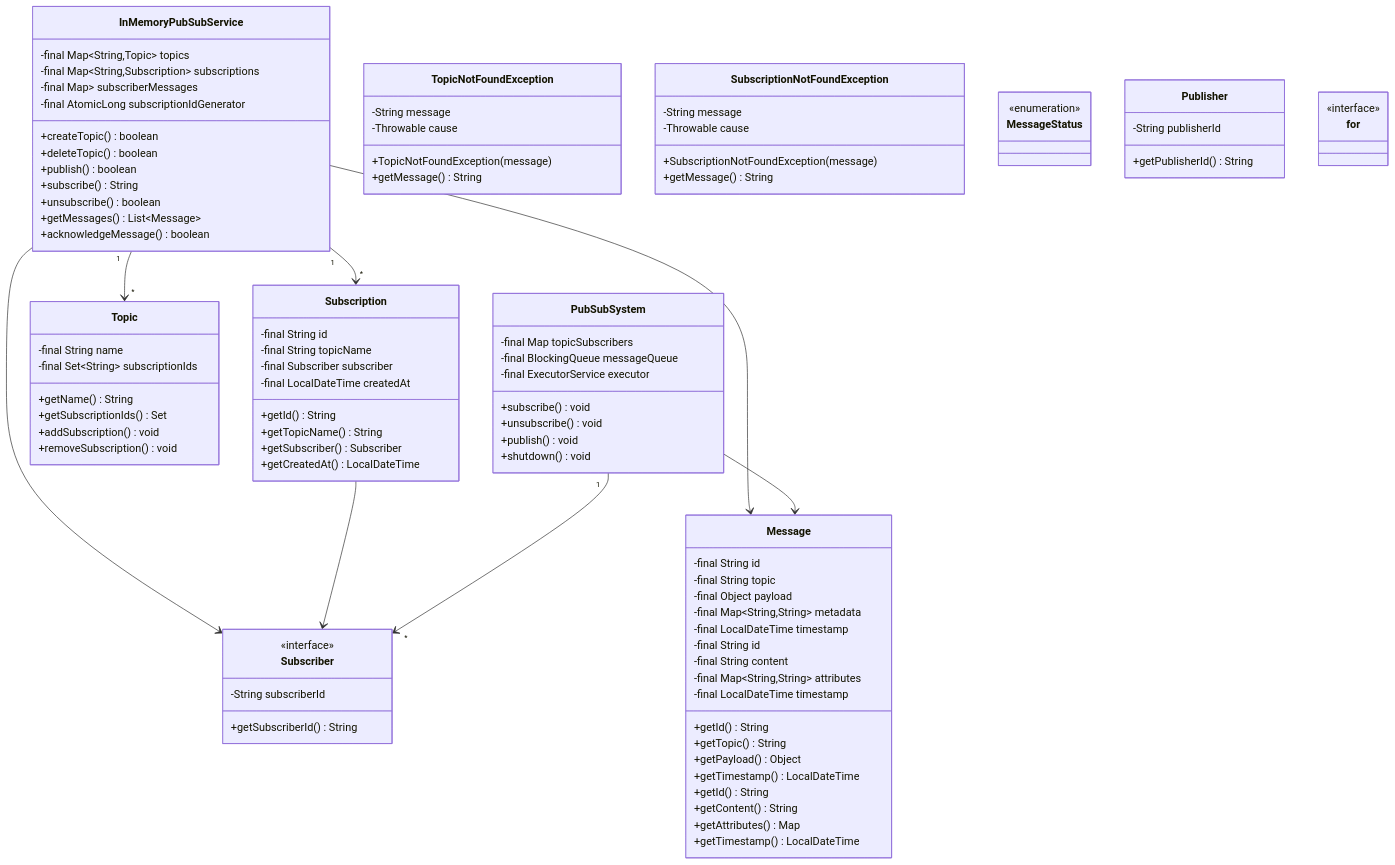
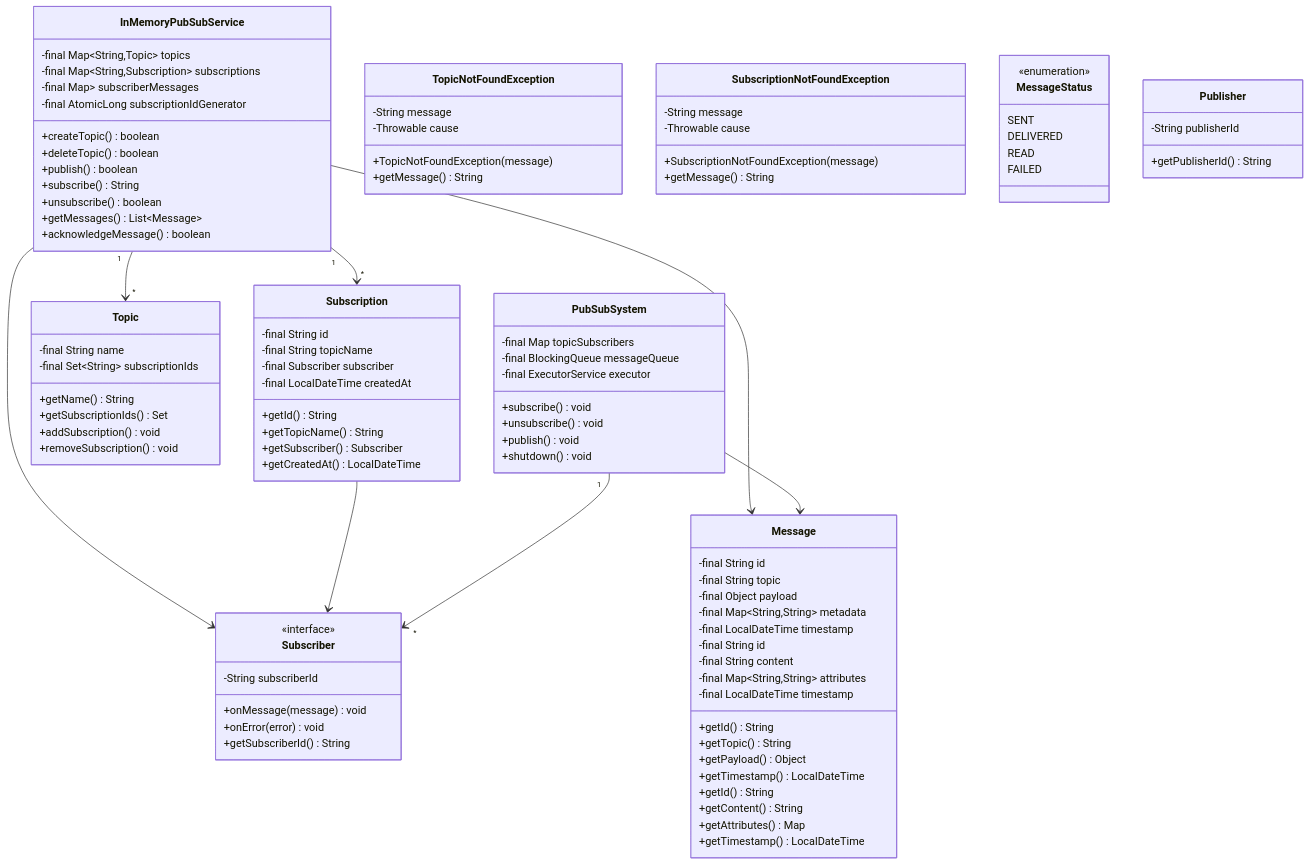
The diagram in docs/problems/pubsub/README.md (dlkr18/lld-playbook), drawn with Mermaid before and after one commit. The commit also changed 95 other files, not shown here.

```diff
--- a/docs/problems/pubsub/README.md
+++ b/docs/problems/pubsub/README.md
@@ -416,8 +416,11 @@
         +getTimestamp() LocalDateTime
     }
 
-    class Subscriber
-    <<interface>> Subscriber
+    class Subscriber {
+        <<interface>>
+        +onMessage(message) void
+        +onError(error) void
+    }
 
     class PubSubSystem {
         -final Map<String, List~Subscriber~> topicSubscribers
@@ -468,8 +471,13 @@
         +getTimestamp() LocalDateTime
     }
 
-    class MessageStatus
-    <<enumeration>> MessageStatus
+    class MessageStatus {
+        <<enumeration>>
+        SENT
+        DELIVERED
+        READ
+        FAILED
+    }
 
     class Subscriber {
         -String subscriberId
@@ -501,9 +509,6 @@
         +getPublisherId() String
     }
 
-    class for
-    <<interface>> for
-
     InMemoryPubSubService "1" --> "*" Topic
     InMemoryPubSubService "1" --> "*" Subscription
     InMemoryPubSubService --> Message
```
